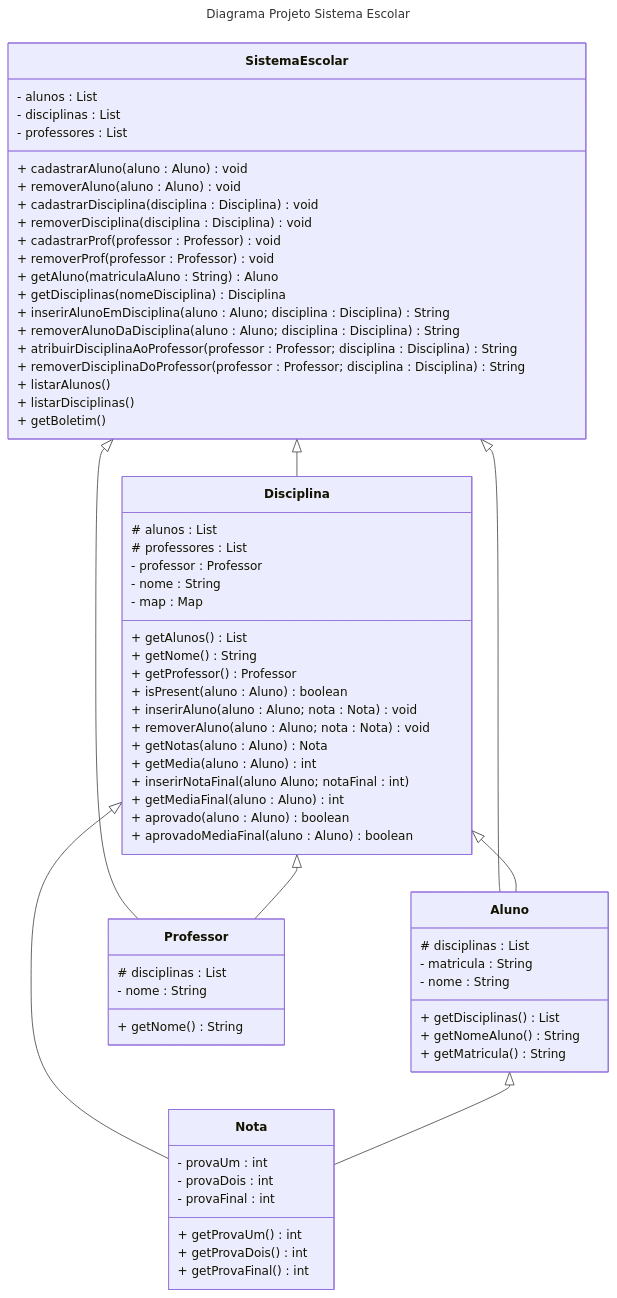
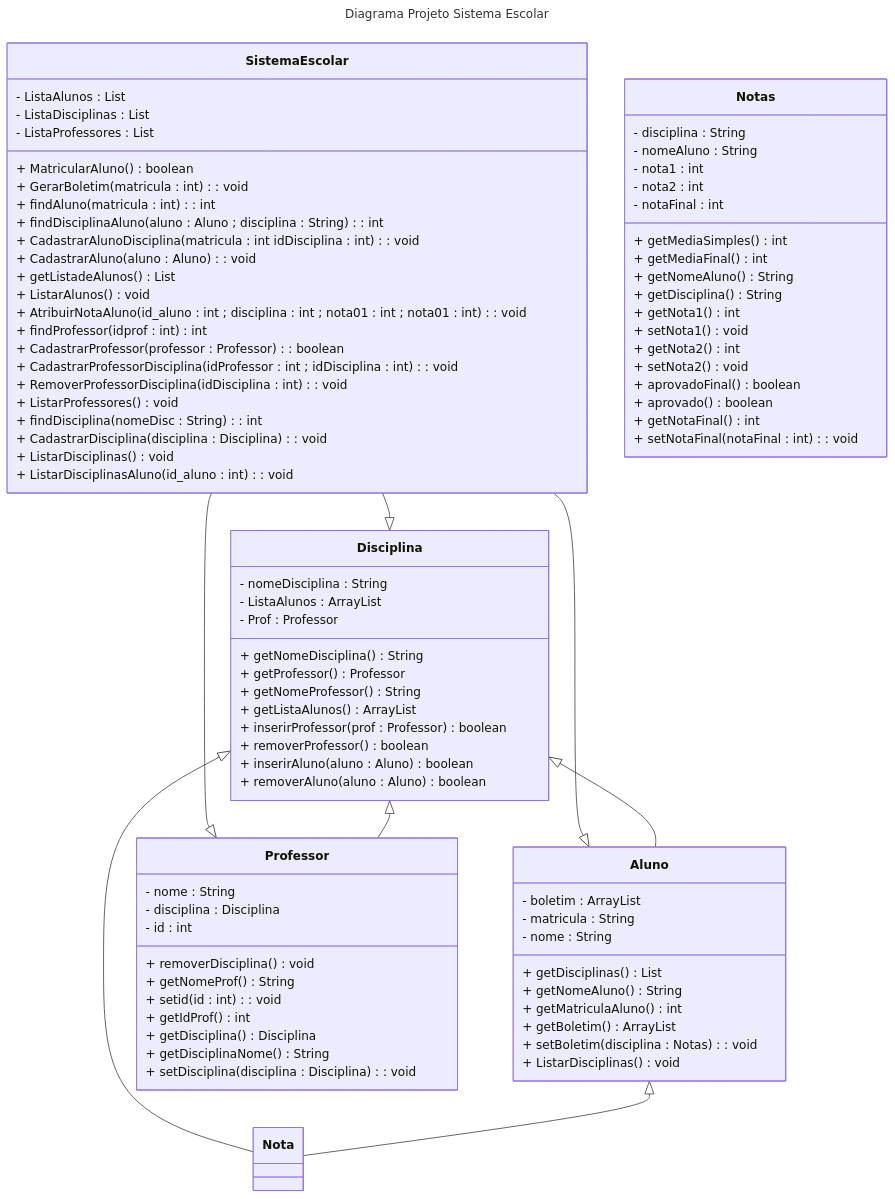
One commit to vSteps/POO changed the diagram in Projeto_POO/diagrama.md. Above: the diagram before and after it, drawn with Mermaid. The commit also changed 7 other files, not shown here.

````diff
--- a/Projeto_POO/diagrama.md
+++ b/Projeto_POO/diagrama.md
@@ -3,9 +3,9 @@
 title: Diagrama Projeto Sistema Escolar
 ---
 classDiagram
-    SistemaEscolar <|-- Aluno
-    SistemaEscolar <|-- Disciplina
-    SistemaEscolar <|-- Professor
+    SistemaEscolar --|> Aluno
+    SistemaEscolar --|> Disciplina
+    SistemaEscolar --|> Professor
     Disciplina <|-- Professor
     Disciplina <|-- Aluno
     Disciplina <|-- Nota
@@ -13,66 +13,85 @@
 
 
     class SistemaEscolar{
-         - alunos : List<Aluno>
-         - disciplinas : List<Disciplina>
-         - professores : List<Professor>
-         + cadastrarAluno(aluno : Aluno) void
-         + removerAluno(aluno : Aluno) void
-         + cadastrarDisciplina(disciplina : Disciplina) void
-         + removerDisciplina(disciplina : Disciplina) void
-         + cadastrarProf(professor : Professor) void
-         + removerProf(professor : Professor) void
-         + getAluno(matriculaAluno : String) Aluno
-         + getDisciplinas(nomeDisciplina) Disciplina
-         + inserirAlunoEmDisciplina(aluno : Aluno; disciplina : Disciplina) String
-         + removerAlunoDaDisciplina(aluno : Aluno; disciplina : Disciplina) String
-         + atribuirDisciplinaAoProfessor(professor : Professor; disciplina : Disciplina) String
-         + removerDisciplinaDoProfessor(professor : Professor; disciplina : Disciplina) String
-         + listarAlunos()
-         + listarDisciplinas()
-         + getBoletim()
+         - ListaAlunos : List<Aluno>
+         - ListaDisciplinas : List<Disciplina>
+         - ListaProfessores : List<Professor>
+         + MatricularAluno() boolean
+         + GerarBoletim(matricula : int) : void
+         + findAluno(matricula : int) : int
+         + findDisciplinaAluno(aluno : Aluno ; disciplina : String) : int
+         + CadastrarAlunoDisciplina(matricula : int idDisciplina : int) : void
+         + CadastrarAluno(aluno : Aluno) : void
+         + getListadeAlunos() List<Aluno>
+         + ListarAlunos() void
+         + AtribuirNotaAluno(id_aluno : int ; disciplina : int ; nota01 : int ; nota01 : int) : void
+         + findProfessor(idprof : int) int
+         + CadastrarProfessor(professor : Professor) : boolean
+         + CadastrarProfessorDisciplina(idProfessor : int ; idDisciplina : int) : void
+         + RemoverProfessorDisciplina (idDisciplina : int) : void
+         + ListarProfessores() void
+         + findDisciplina(nomeDisc : String) : int
+         + CadastrarDisciplina (disciplina : Disciplina) : void
+         + ListarDisciplinas() void
+         + ListarDisciplinasAluno(id_aluno : int) : void
     }
     class Aluno{
-        # disciplinas : List<Disciplina>
+        - boletim : ArrayList<Notas>
         - matricula : String
         - nome : String
         + getDisciplinas() List<Disciplina>
         + getNomeAluno() String
-        + getMatricula() String
+        + getMatriculaAluno() int
+        + getBoletim() ArrayList<Notas>
+        + setBoletim(disciplina : Notas) : void
+        + ListarDisciplinas() void
         
     }
     class Disciplina{
-        # alunos : List<Aluno>
-        # professores : List<Professor>
-        - professor : Professor
-        - nome : String
-        - map : Map<Aluno, Nota>
-        + getAlunos() List<Aluno>
-        + getNome()  String
+        - nomeDisciplina : String
+        - ListaAlunos : ArrayList<Aluno>
+        - Prof : Professor
+        + getNomeDisciplina()  String
         + getProfessor()  Professor
-        + isPresent(aluno : Aluno)  boolean
-        + inserirAluno(aluno : Aluno; nota : Nota)  void
-        + removerAluno(aluno : Aluno; nota : Nota)  void
-        + getNotas(aluno : Aluno)  Nota
-        + getMedia(aluno : Aluno)  int
-        + inserirNotaFinal(aluno  Aluno; notaFinal : int)
-        + getMediaFinal(aluno : Aluno)  int
-        + aprovado(aluno : Aluno)  boolean
-        + aprovadoMediaFinal(aluno : Aluno)  boolean
+        + getNomeProfessor() String
+        + getListaAlunos() ArrayList<Aluno>
+        + inserirProfessor(prof : Professor) boolean
+        + removerProfessor() boolean
+        + inserirAluno(aluno : Aluno) boolean
+        + removerAluno(aluno : Aluno) boolean
     }
     class Professor{
-        # disciplinas : List<Disciplina>
         - nome : String
-        + getNome()  String
+        - disciplina : Disciplina
+        - id : int
+        + removerDisciplina() void
+        + getNomeProf() String
+        + setid(id : int) : void
+        + getIdProf() int
+        + getDisciplina() Disciplina
+        + getDisciplinaNome() String
+        + setDisciplina(disciplina : Disciplina) : void
+
     }
 
-    class Nota{
-        - provaUm : int
-        - provaDois : int
-        - provaFinal : int
-        + getProvaUm()  int
-        + getProvaDois()  int
-        + getProvaFinal()  int
+    class Notas{
+        - disciplina : String
+        - nomeAluno : String
+        - nota1 : int
+        - nota2 : int
+        - notaFinal : int
+        + getMediaSimples() int
+        + getMediaFinal() int
+        + getNomeAluno() String
+        + getDisciplina() String
+        + getNota1()  int
+        + setNota1()  void
+        + getNota2()  int
+        + setNota2()  void
+        + aprovadoFinal() boolean
+        + aprovado() boolean
+        + getNotaFinal()  int
+        + setNotaFinal(notaFinal : int) : void
     }
 
 ```
````
